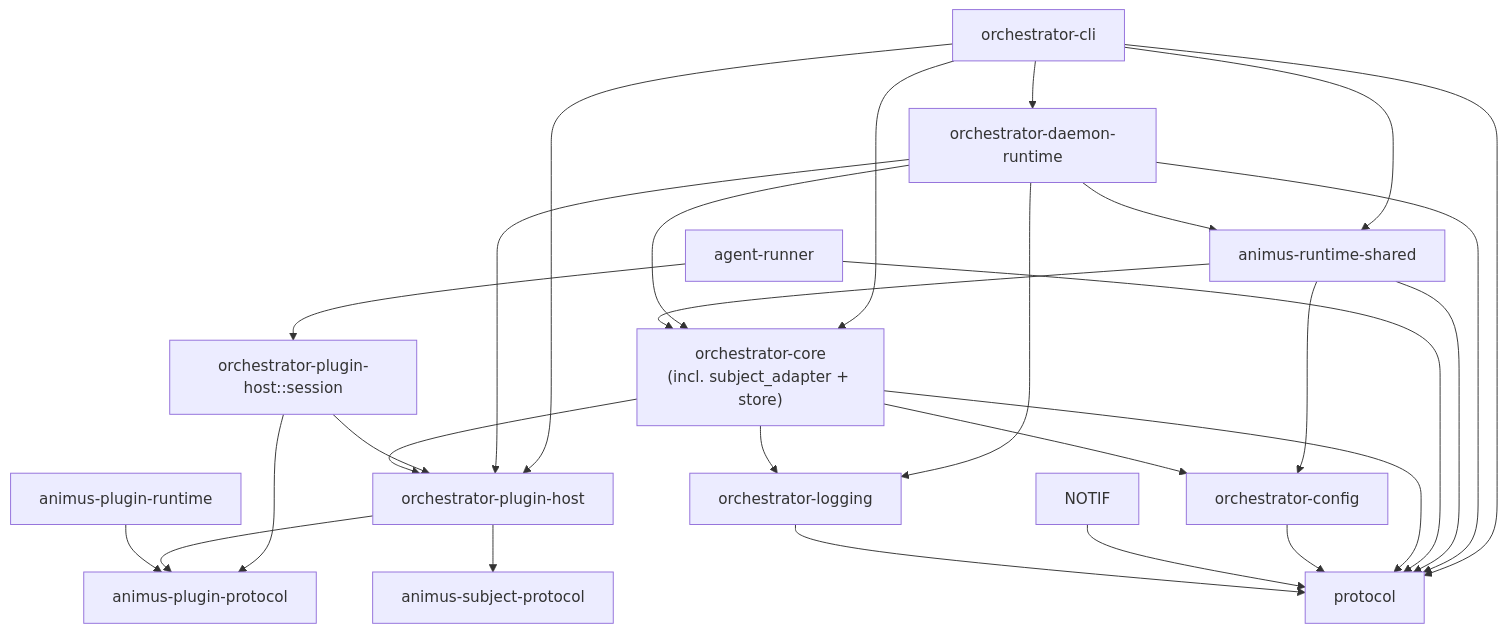
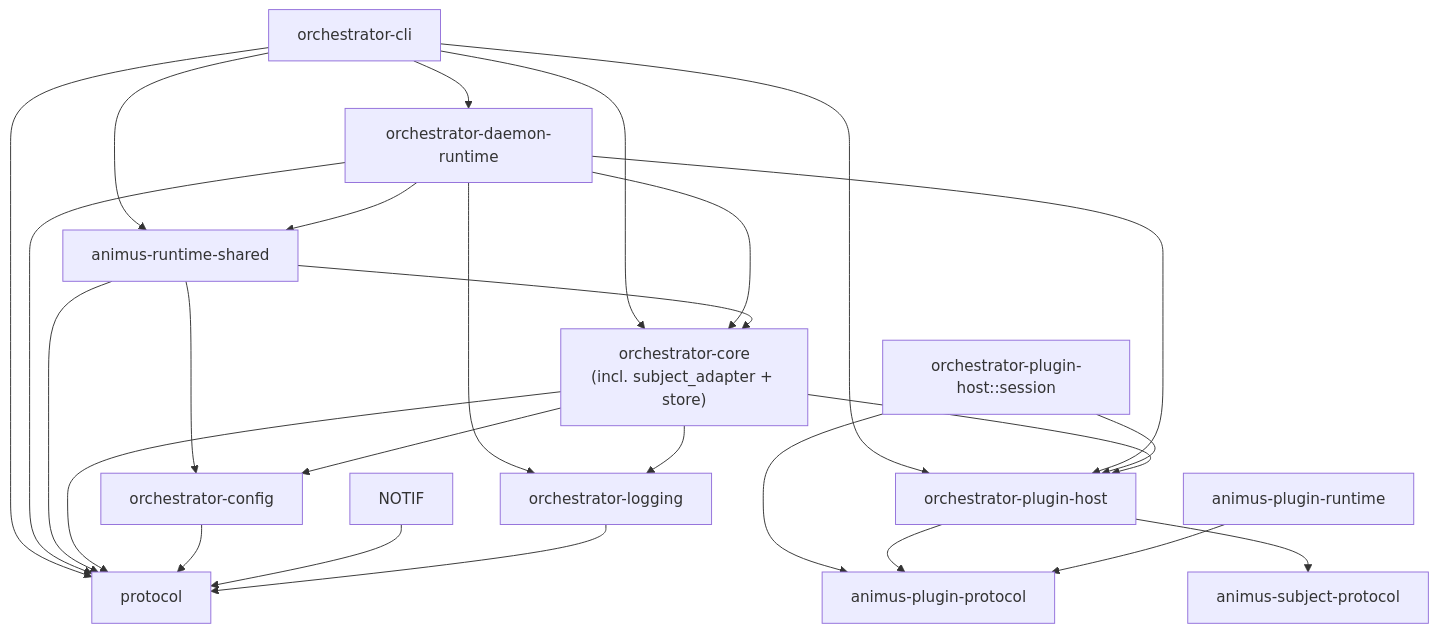
Before and after one commit to launchapp-dev/animus-cli: the diagram in docs/architecture/index.md, drawn with Mermaid. The commit also changed other lines of this file and 8 other files, not shown here.

````diff
--- a/docs/architecture/index.md
+++ b/docs/architecture/index.md
@@ -23,52 +23,48 @@
 ```mermaid
 graph TD
     CLI[orchestrator-cli]
     CORE["orchestrator-core<br/>(incl. subject_adapter + store)"]
     PROTO[protocol]
     CONFIG[orchestrator-config]
     DAEMON[orchestrator-daemon-runtime]
     WR[animus-runtime-shared]
-    AR[agent-runner]
     SESSION["orchestrator-plugin-host::session"]
     PLUGIN_HOST[orchestrator-plugin-host]
     PLUGIN_PROTO[animus-plugin-protocol]
     PLUGIN_RUNTIME[animus-plugin-runtime]
     SUBJECT_PROTO[animus-subject-protocol]
     LOG[orchestrator-logging]
 
     CLI --> CORE
     CLI --> DAEMON
     CLI --> WR
     CLI --> PLUGIN_HOST
     CLI --> PROTO
 
     DAEMON --> CORE
     DAEMON --> WR
     DAEMON --> PLUGIN_HOST
     DAEMON --> LOG
     DAEMON --> PROTO
 
     WR --> CORE
     WR --> CONFIG
     WR --> PROTO
 
-    AR --> SESSION
-    AR --> PROTO
-
     SESSION --> PLUGIN_HOST
     SESSION --> PLUGIN_PROTO
 
     PLUGIN_HOST --> PLUGIN_PROTO
     PLUGIN_HOST --> SUBJECT_PROTO
 
     CORE --> CONFIG
     CORE --> LOG
     CORE --> PLUGIN_HOST
     CORE --> PROTO
 
     CONFIG --> PROTO
     NOTIF --> PROTO
     LOG --> PROTO
 
     PLUGIN_RUNTIME --> PLUGIN_PROTO
 ```
````
